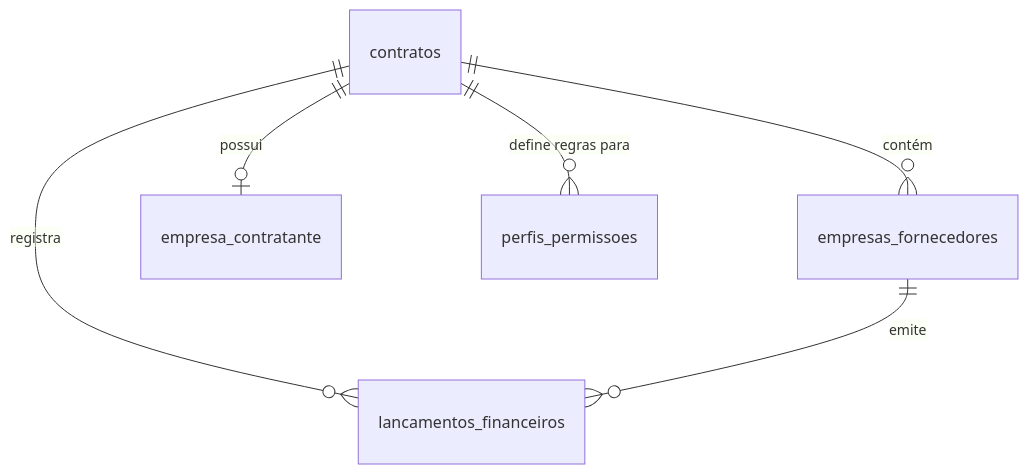
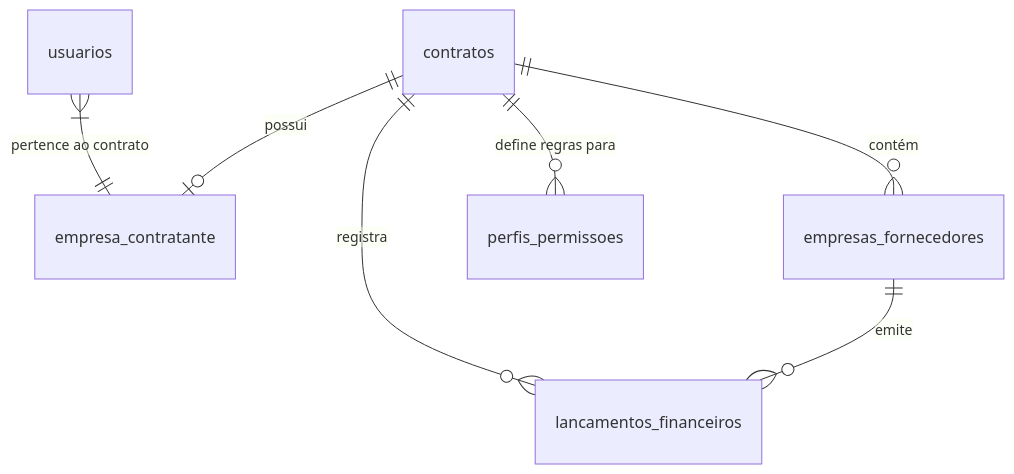
Before and after one commit to Sarge2024/gestor-de-obras-1: the diagram in .specs/especificacao_sistema.md, drawn with Mermaid. The commit also changed other lines of this file and 2 other files, not shown here.

````diff
--- a/.specs/especificacao_sistema.md
+++ b/.specs/especificacao_sistema.md
@@ -44,8 +53,9 @@
 ```mermaid
 erDiagram
+    usuarios }|--|| empresa_contratante : "pertence ao contrato"
     contratos ||--o{ empresas_fornecedores : "contém"
     contratos ||--o| empresa_contratante : "possui"
     contratos ||--o{ lancamentos_financeiros : "registra"
     empresas_fornecedores ||--o{ lancamentos_financeiros : "emite"
     contratos ||--o{ perfis_permissoes : "define regras para"
 ```
````
